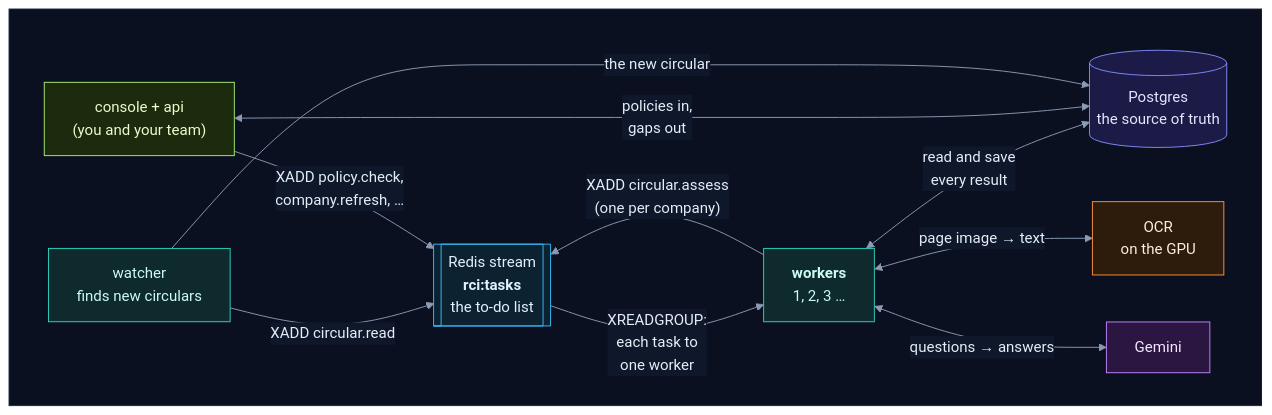
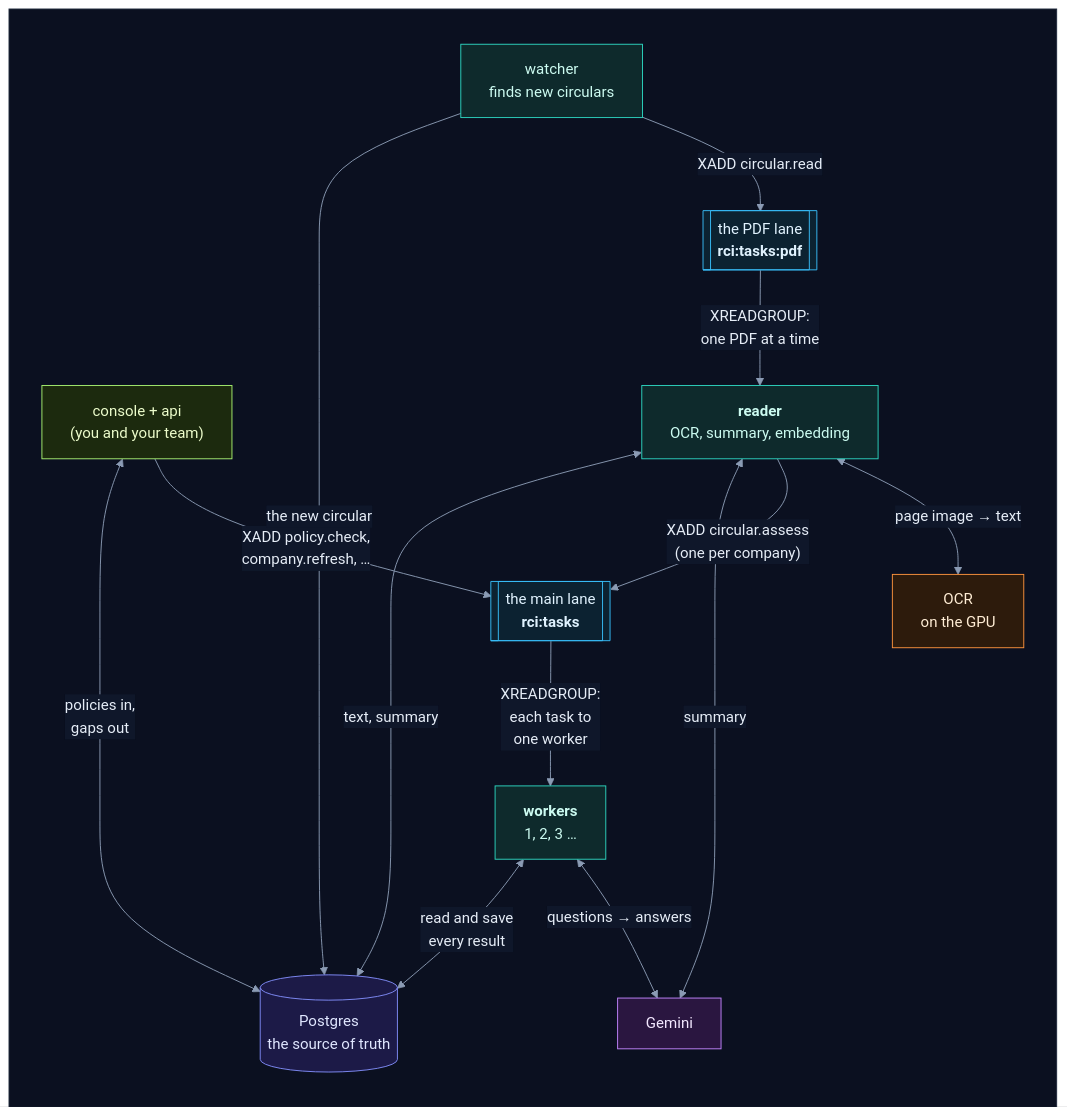
Before and after one commit to selvakumarperumal/Regulatory_Circular_Impact_Agent: the first of 20 diagrams in how_the_worker_works.md, drawn with Mermaid. The commit also changed other lines of this file and 7 other files, not shown here.

Commit message:
Document the PDF lane and the main lane

````diff
--- a/how_the_worker_works.md
+++ b/how_the_worker_works.md
@@ -36,33 +36,36 @@
 ```mermaid
 %%{init: {"theme": "base", "flowchart": {"diagramPadding": 0}, "themeVariables": {"darkMode": true, "primaryColor": "#16213a", "primaryTextColor": "#e6edf7", "primaryBorderColor": "#475a7a", "lineColor": "#8b9bb4", "secondaryColor": "#1b2436", "tertiaryColor": "#101a2e", "edgeLabelBackground": "#0f172a", "textColor": "#e2e8f0", "clusterBkg": "#0f1728", "clusterBorder": "#2b3a55", "titleColor": "#c4b5fd", "nodeTextColor": "#e6edf7"}}}%%
-flowchart LR
+flowchart TD
     subgraph canvas[" "]
-        direction LR
-        watcher["watcher<br/>finds new circulars"] -->|"XADD circular.read"| Q[["Redis stream<br/><b>rci:tasks</b><br/>the to-do list"]]
-        console["console + api<br/>(you and your team)"] -->|"XADD policy.check,<br/>company.refresh, …"| Q
+        direction TB
+        watcher["watcher<br/>finds new circulars"] -->|"XADD circular.read"| P[["the PDF lane<br/><b>rci:tasks:pdf</b>"]]
+        console["console + api<br/>(you and your team)"] -->|"XADD policy.check,<br/>company.refresh, …"| Q[["the main lane<br/><b>rci:tasks</b>"]]
+        P -->|"XREADGROUP:<br/>one PDF at a time"| R["<b>reader</b><br/>OCR, summary, embedding"]
+        R <-->|"page image → text"| O["OCR<br/>on the GPU"]
+        R -->|"XADD circular.assess<br/>(one per company)"| Q
         Q -->|"XREADGROUP:<br/>each task to<br/>one worker"| K["<b>workers</b><br/>1, 2, 3 …"]
-        K -->|"XADD circular.assess<br/>(one per company)"| Q
-        K <-->|"read and save<br/>every result"| DB[("Postgres<br/>the source of truth")]
+        K <-->|"questions → answers"| G["Gemini"]
+        R <-->|"summary"| G
+        R <-->|"text, summary"| DB[("Postgres<br/>the source of truth")]
+        K <-->|"read and save<br/>every result"| DB
         console <-->|"policies in,<br/>gaps out"| DB
         watcher -->|"the new circular"| DB
-        K <-->|"page image → text"| O["OCR<br/>on the GPU"]
-        K <-->|"questions → answers"| G["Gemini"]
     end
     classDef svc fill:#0e2a2c,stroke:#2dd4bf,color:#ccfbf1
     classDef data fill:#1c1a47,stroke:#818cf8,color:#e0e7ff
     classDef ext fill:#2a1640,stroke:#c084fc,color:#f3e8ff
     classDef gpu fill:#2d1b0c,stroke:#fb923c,color:#ffedd5
     classDef ask fill:#2a2410,stroke:#fbbf24,color:#fef3c7
     classDef ok fill:#0b2a1c,stroke:#34d399,color:#d1fae5
     classDef bad fill:#2e0f17,stroke:#fb7185,color:#ffe4e6
     classDef start fill:#1c2a0e,stroke:#a7ef6f,color:#ecfccb
     classDef muted fill:#1a2130,stroke:#64748b,color:#cbd5e1
     classDef queue fill:#0c2231,stroke:#38bdf8,color:#e0f2fe
-    class watcher,K svc
+    class watcher,R,K svc
     class console start
-    class Q queue
+    class P,Q queue
     class DB data
     class O gpu
     class G ext
     style canvas fill:#0b1020,stroke:#1e293b,color:#0b1020
 ```
````
